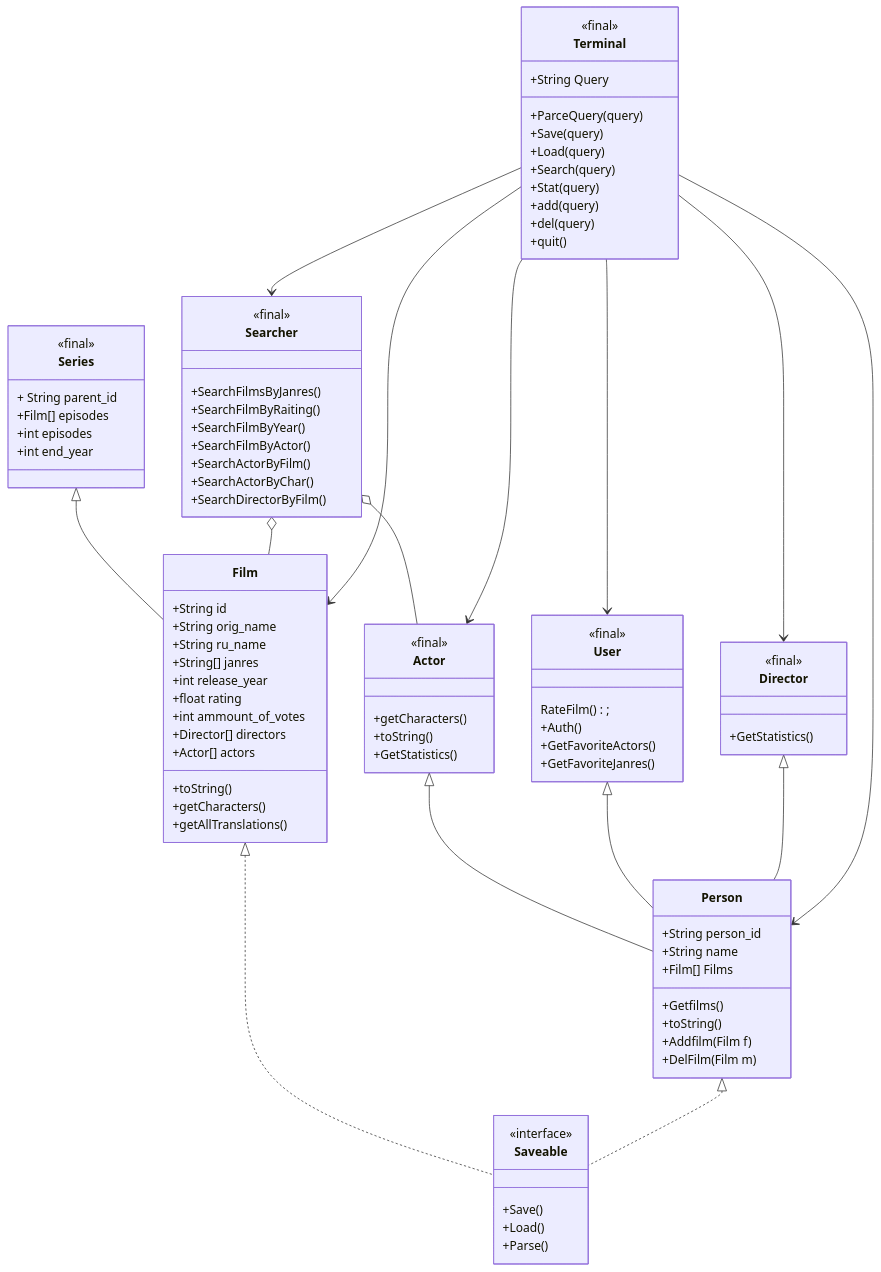
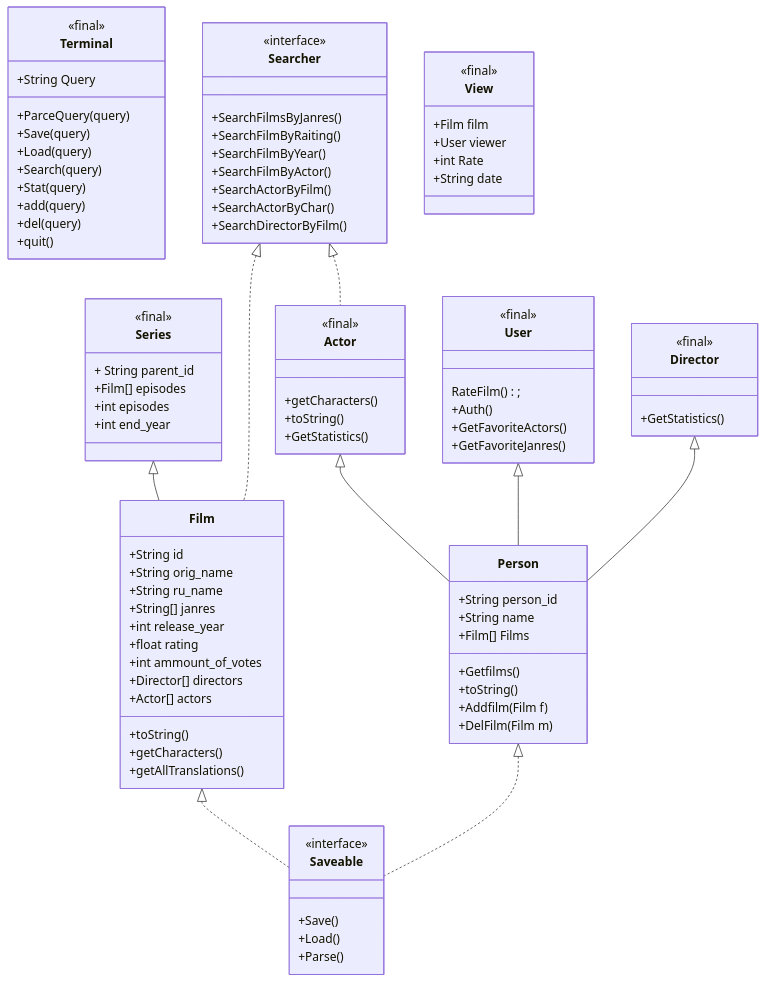
Before and after one commit to mmonastyrskiy/Programming_3_sem: the diagram in Java_OOP/Monastyrskiy/Java_project/docs/structure.md, drawn with Mermaid.

```diff
--- a/Java_OOP/Monastyrskiy/Java_project/docs/structure.md
+++ b/Java_OOP/Monastyrskiy/Java_project/docs/structure.md
@@ -83,7 +83,7 @@
     }
     
     class Searcher{
-    <<final>>
+    <<interface>>
     +SearchFilmsByJanres()
     +SearchFilmByRaiting()
     +SearchFilmByYear()
@@ -92,6 +92,14 @@
     +SearchActorByChar()
     +SearchDirectorByFilm()
     }
+    class View{
+    <<final>>
+    +Film film
+    +User viewer
+    +int Rate
+    +String date
+    
+    }
     
     Actor <|-- Person
     User <|-- Person
@@ -99,16 +107,10 @@
     Director <|-- Person
     Film <|.. Saveable
     Person <|.. Saveable
-    Searcher o-- Film
-    Searcher o-- Actor
+    Searcher <|.. Film
+    Searcher <|.. Actor
     
     
-    Terminal --> Searcher
-    Terminal --> Actor
-    Terminal --> User
-    Terminal --> Director
-     Terminal --> Person
-      Terminal --> Film
     
     
 
```
